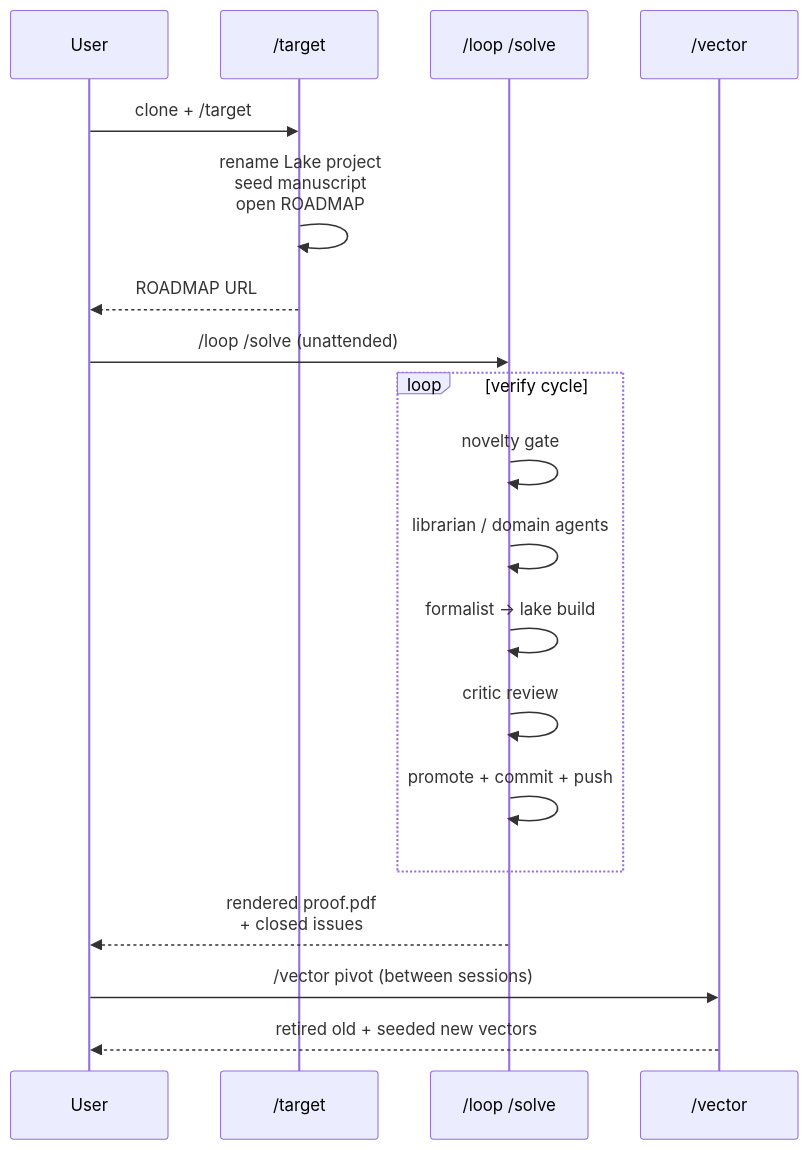
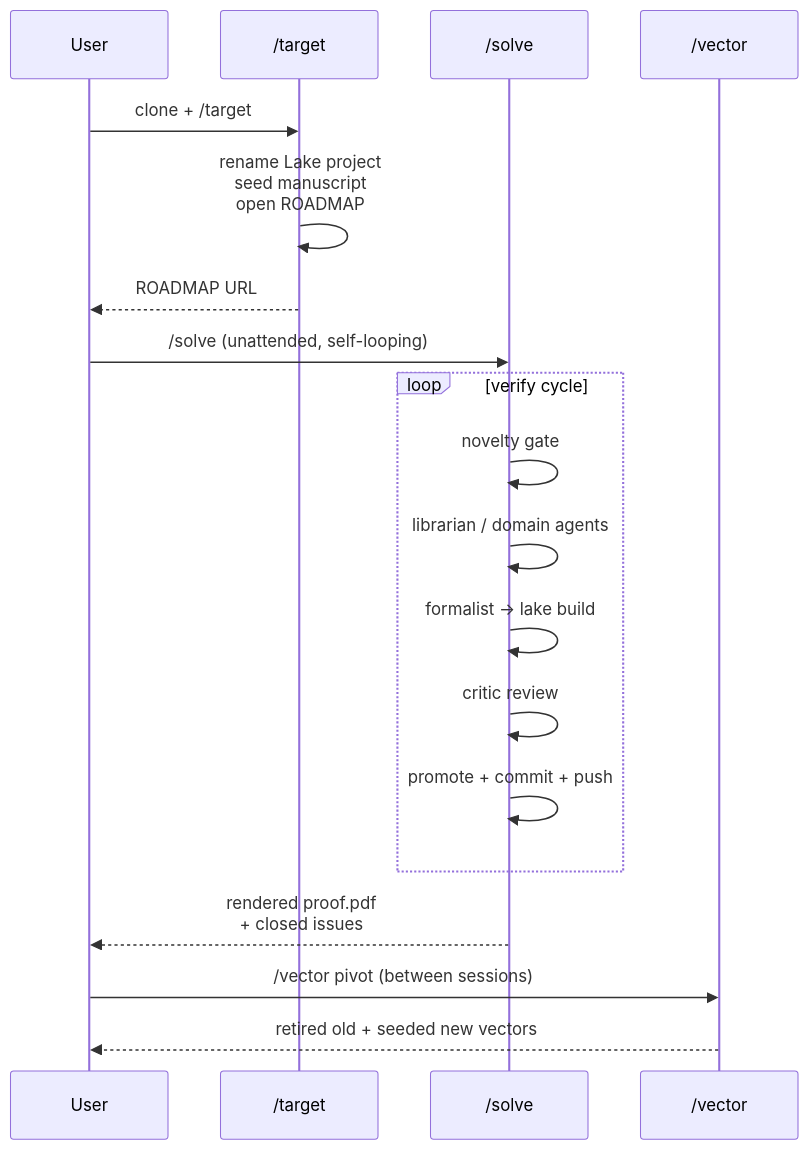
Before and after one commit to ikaric/formalia: the third of 3 diagrams in README.md, drawn with Mermaid. The commit also changed other lines of this file and 5 other files, not shown here.

First line of the commit message:
enhance: merge /loop into self-looping /solve — cadence, n=, pause, usage-limit reschedule, model rule

````diff
--- a/README.md
+++ b/README.md
@@ -223,24 +229,24 @@
 ```mermaid
 sequenceDiagram
     participant U as User
     participant T as /target
-    participant L as /loop /solve
+    participant L as /solve
     participant V as /vector
 
     U->>T: clone + /target
     T->>T: rename Lake project<br/>seed manuscript<br/>open ROADMAP
     T-->>U: ROADMAP URL
 
-    U->>L: /loop /solve (unattended)
+    U->>L: /solve (unattended, self-looping)
     loop verify cycle
         L->>L: novelty gate
         L->>L: librarian / domain agents
         L->>L: formalist → lake build
         L->>L: critic review
         L->>L: promote + commit + push
     end
     L-->>U: rendered proof.pdf<br/>+ closed issues
 
     U->>V: /vector pivot (between sessions)
     V-->>U: retired old + seeded new vectors
 ```
````
